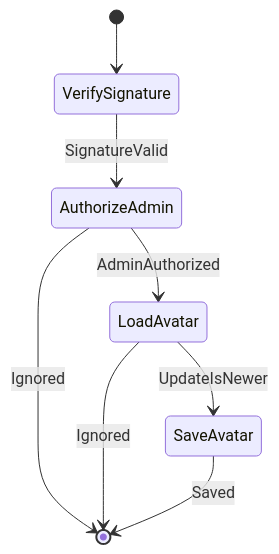
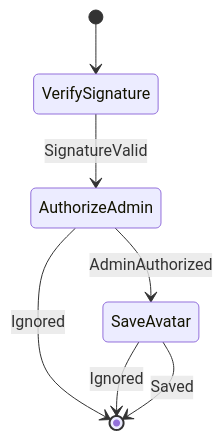
Diagram 22 of 31 in docs/architecture/workflows/incoming.md (cbgm/Sparrow), drawn with Mermaid before and after one commit. The commit also changed other lines of this file and 55 other files, not shown here.

````diff
--- a/docs/architecture/workflows/incoming.md
+++ b/docs/architecture/workflows/incoming.md
@@ -619,10 +619,9 @@
 ```mermaid
 stateDiagram-v2
     [*] --> VerifySignature
     VerifySignature --> AuthorizeAdmin : SignatureValid
-    AuthorizeAdmin --> LoadAvatar : AdminAuthorized
+    AuthorizeAdmin --> SaveAvatar : AdminAuthorized
     AuthorizeAdmin --> [*] : Ignored
-    LoadAvatar --> [*] : Ignored
-    LoadAvatar --> SaveAvatar : UpdateIsNewer
+    SaveAvatar --> [*] : Ignored
     SaveAvatar --> [*] : Saved
 ```
````
